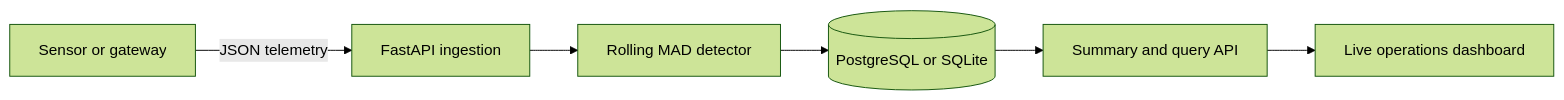
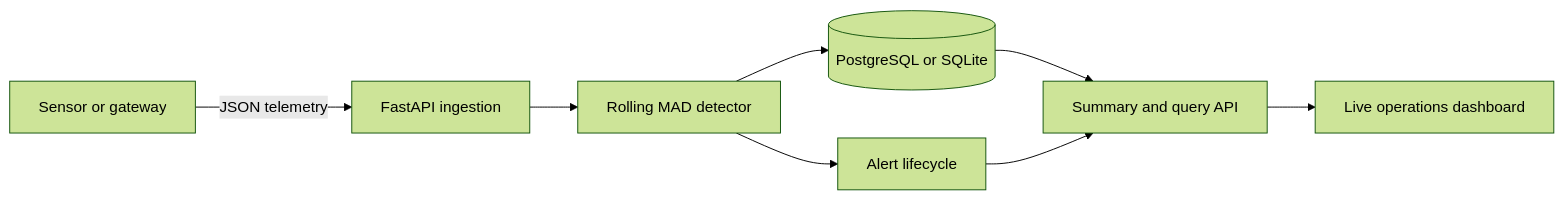
The diagram in README.md (amkumirab/SensorWatch), drawn with Mermaid (forest theme) before and after one commit. The commit also changed other lines of this file and 13 other files, not shown here.

Commit message:
Add alert lifecycle and acknowledgement workflow

````diff
--- a/README.md
+++ b/README.md
@@ -33,8 +34,10 @@
 ```mermaid
 flowchart LR
     A[Sensor or gateway] -->|JSON telemetry| B[FastAPI ingestion]
     B --> C[Rolling MAD detector]
     C --> D[(PostgreSQL or SQLite)]
-    D --> E[Summary and query API]
-    E --> F[Live operations dashboard]
+    C --> E[Alert lifecycle]
+    D --> F[Summary and query API]
+    E --> F
+    F --> G[Live operations dashboard]
 ```
````
